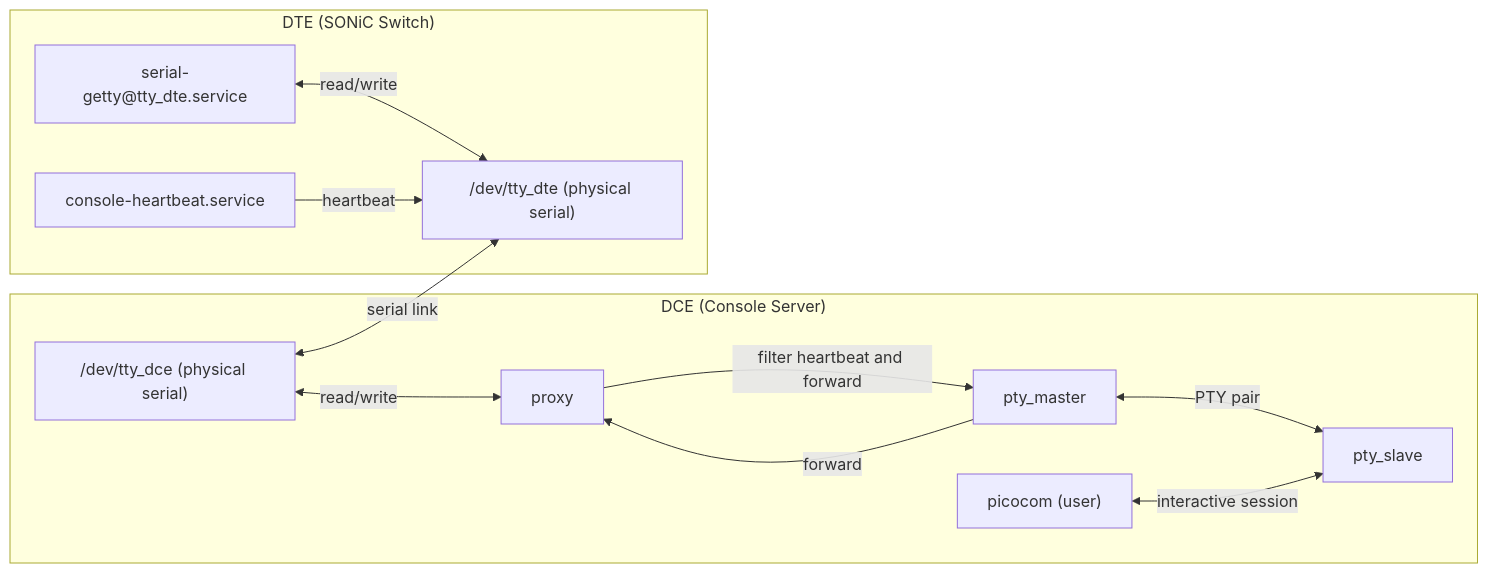
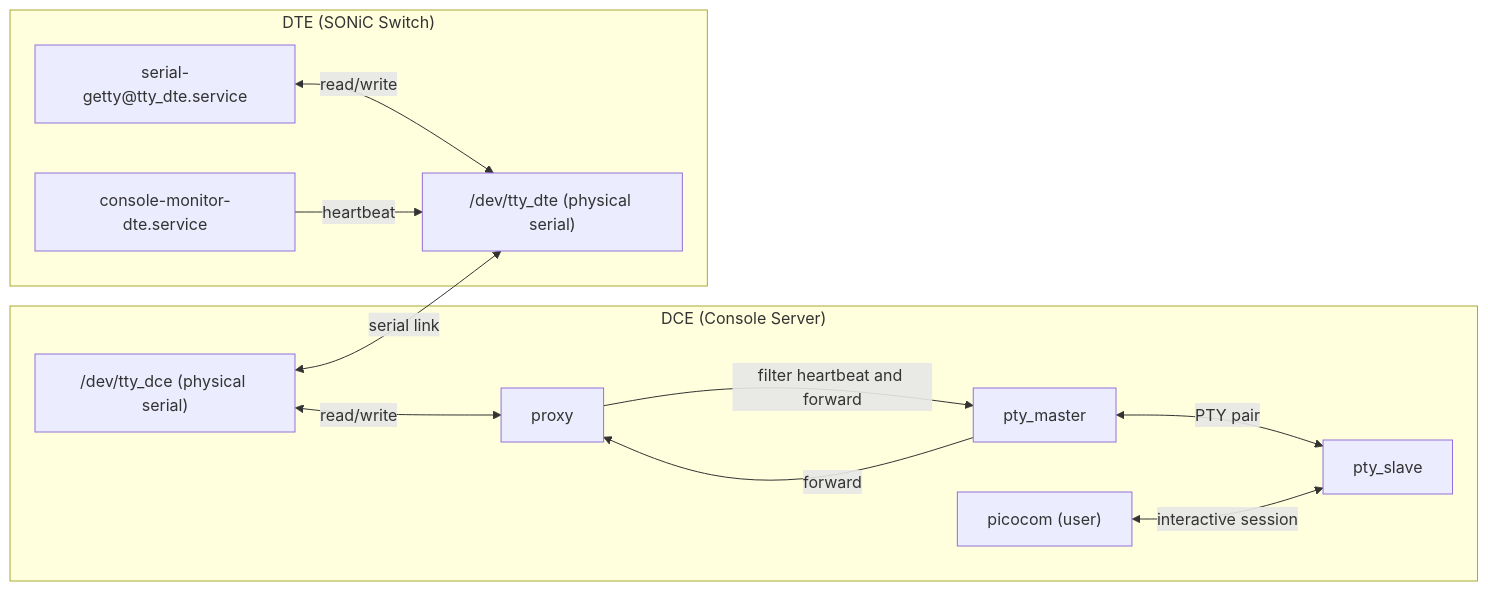
The first of 3 diagrams in docs/Console-Monitor-HLD-CN.md (wiperi/consoled), drawn with Mermaid before and after one commit. The commit also changed other lines of this file and 3 other files, not shown here.

````diff
--- a/docs/Console-Monitor-HLD-CN.md
+++ b/docs/Console-Monitor-HLD-CN.md
@@ -73,30 +73,30 @@
 ```mermaid
 flowchart LR
   subgraph DCE["DCE (Console Server)"]
     proxy_dce["proxy"]
     picocom["picocom (user)"]
     pty_master["pty_master"]
     pty_slave["pty_slave"]
     TTY_DCE["/dev/tty_dce (physical serial)"]
   end
 
   subgraph DTE["DTE (SONiC Switch)"]
     serial_getty["serial-getty@tty_dte.service"]
-    hb_sender["console-heartbeat.service"]
+    hb_sender["console-monitor-dte.service"]
     TTY_DTE["/dev/tty_dte (physical serial)"]
   end
 
   %% DTE side: services attached to the physical serial
   serial_getty <-- read/write --> TTY_DTE
   hb_sender -- heartbeat --> TTY_DTE
 
   %% physical link
   TTY_DCE <-- serial link --> TTY_DTE
 
   %% DCE side: proxy owns serial, filters RX, bridges to PTY for user tools
   TTY_DCE <-- read/write --> proxy_dce
   proxy_dce -- filter heartbeat and forward --> pty_master
   pty_master -- forward --> proxy_dce
   pty_master <-- PTY pair --> pty_slave
   picocom <-- interactive session --> pty_slave
 ```
````
